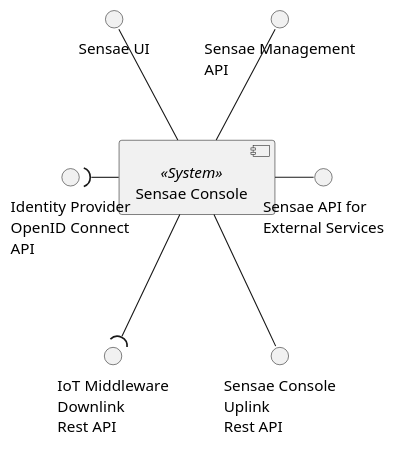
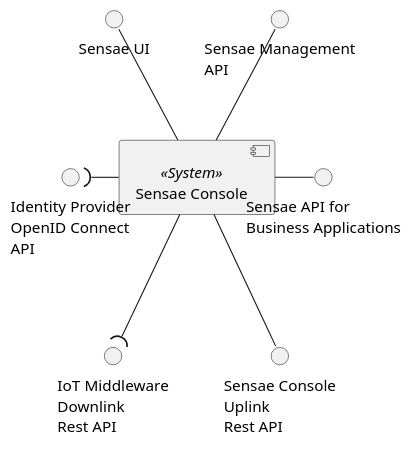
Before and after one commit to FilipeMCruz/dissertation: the diagram in assets/diagrams/design/architectural/level1/logical-view-v2.pu, drawn with PlantUML. The commit also changed 49 other files, not shown here.

Commit message:
changed external services to business applications

```diff
--- a/assets/diagrams/design/architectural/level1/logical-view-v2.pu
+++ b/assets/diagrams/design/architectural/level1/logical-view-v2.pu
@@ -1,25 +1,25 @@
 @startuml logical-view-v2
 
 skinparam Monochrome true
 skinparam sequenceMessageAlign center
 skinparam componentStyle uml2
 skinparam packageStyle rectangle
 
 [Sensae Console] as S <<System>>
 
 () "Sensae UI" as UI
 () "Sensae Management\nAPI" as API
-() "Sensae API for\nExternal Services" as DATA_API
+() "Sensae API for\nBusiness Applications" as DATA_API
 () "IoT Middleware\nDownlink\nRest API" as OUT_ENDPOINT
 () "Sensae Console\nUplink\nRest API" as IN_ENDPOINT
 () "Identity Provider\nOpenID Connect\nAPI" as OPEN_ID
 
 UI -- S
 API -- S
 S - DATA_API
 OPEN_ID )- S
 S -- IN_ENDPOINT
 
 S --( OUT_ENDPOINT
 
 @enduml
```
